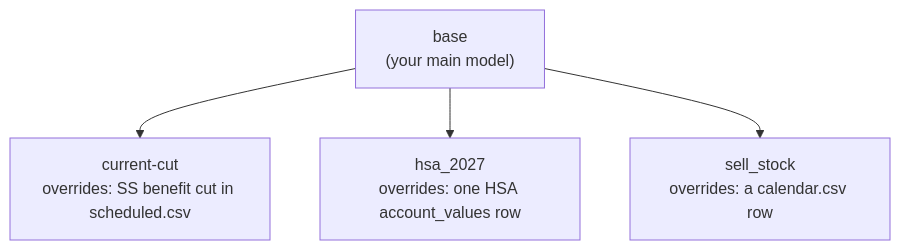
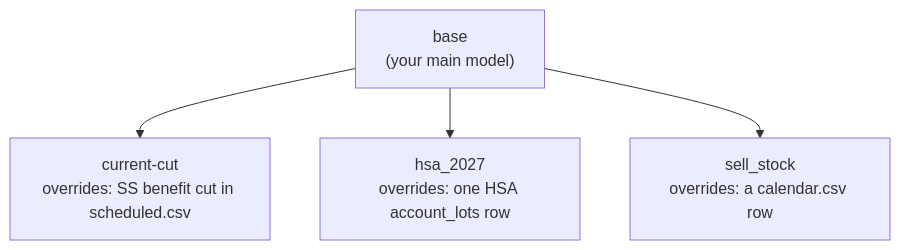
The first of 3 diagrams in docs/user-guide.md (BobKerns/analysis), drawn with Mermaid before and after one commit. The commit also changed other lines of this file and 43 other files, not shown here.

First line of the commit message:
Rename account_values.csv to account_lots.csv (#217)

````diff
--- a/docs/user-guide.md
+++ b/docs/user-guide.md
@@ -36,10 +36,10 @@
 ```mermaid
 flowchart TB
     base["base\n(your main model)"]
     cut["current-cut\noverrides: SS benefit cut in scheduled.csv"]
-    hsa["hsa_2027\noverrides: one HSA account_values row"]
+    hsa["hsa_2027\noverrides: one HSA account_lots row"]
     sell["sell_stock\noverrides: a calendar.csv row"]
     base --> cut
     base --> hsa
     base --> sell
 ```
````
